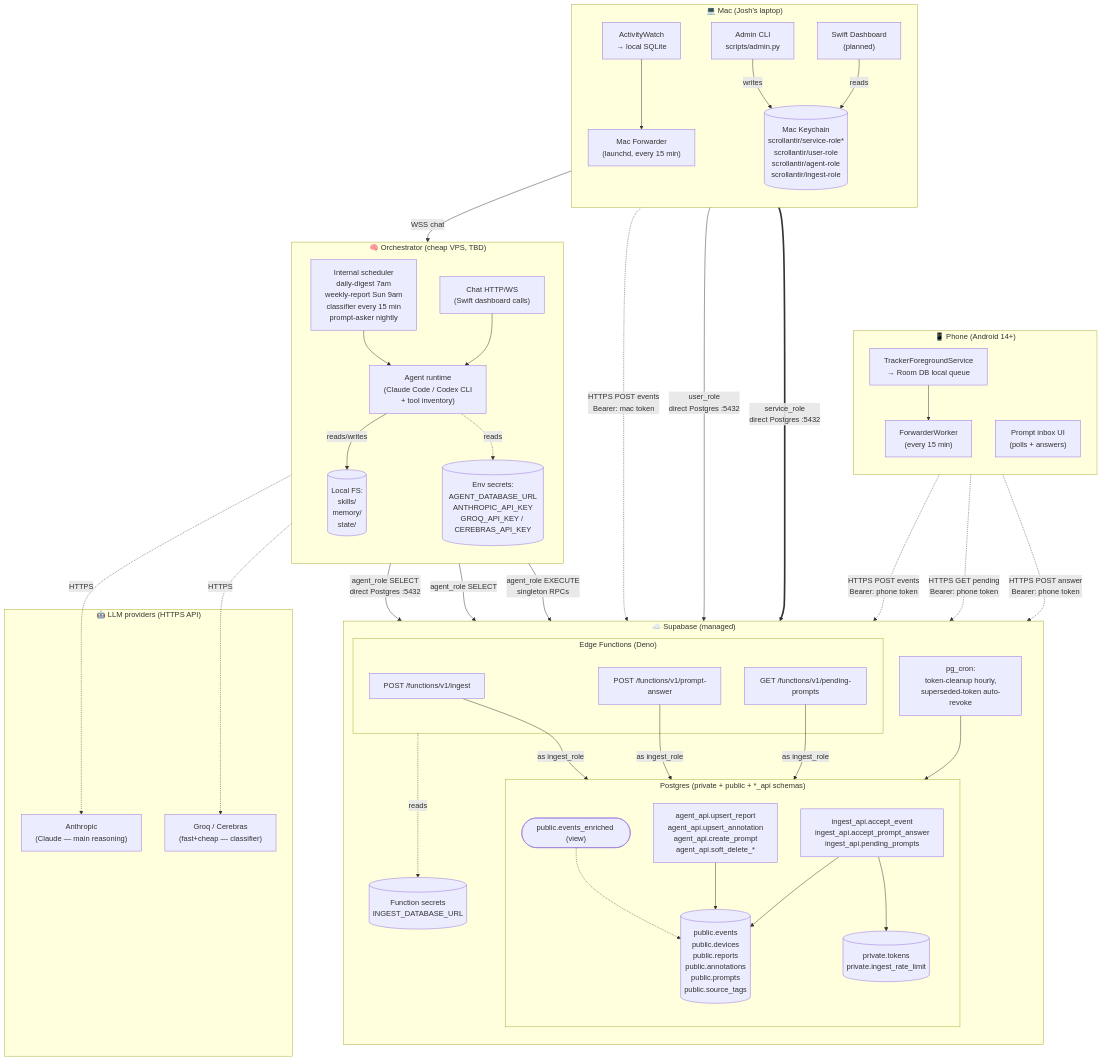
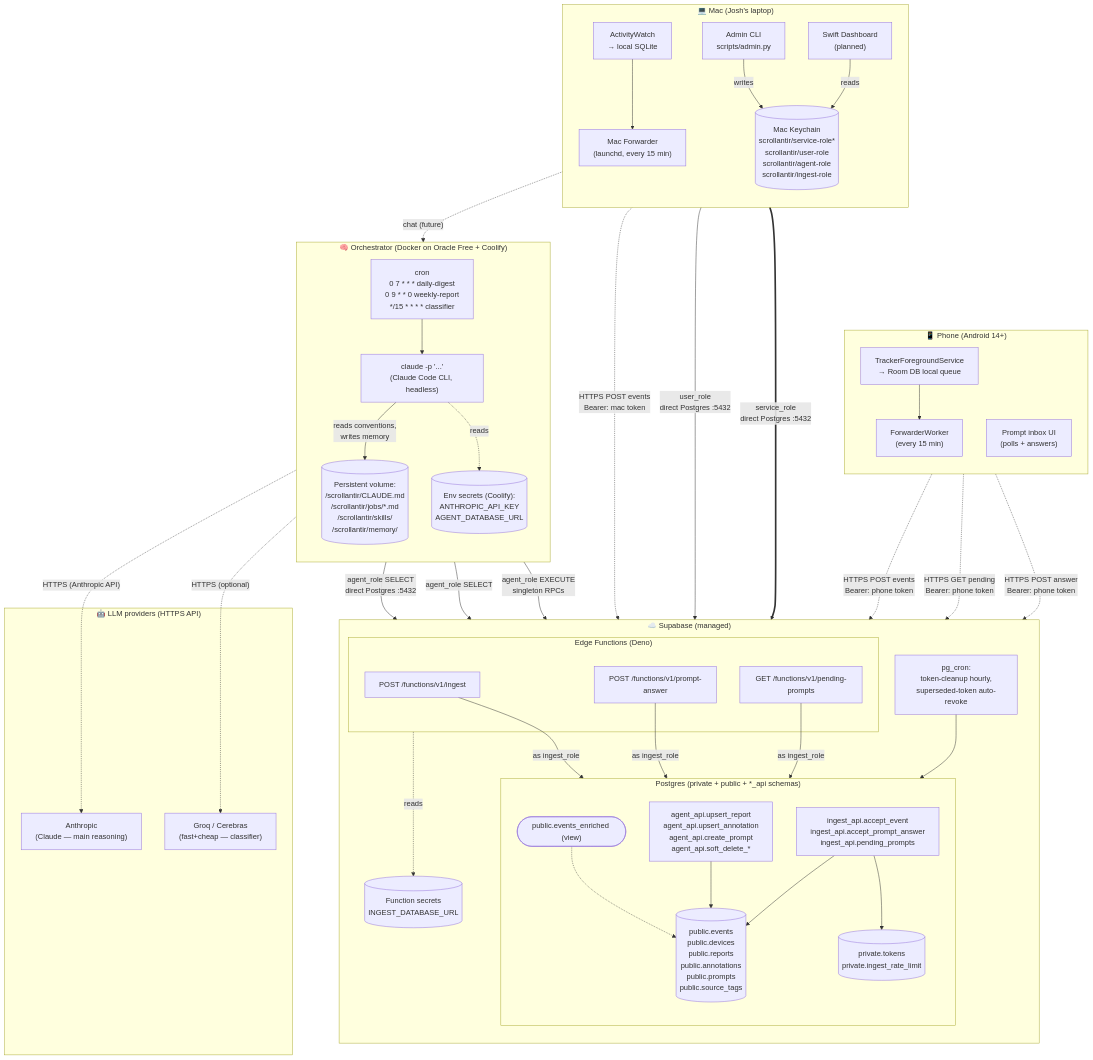
The second of 7 diagrams in docs/data-flow.md (scaryjoshie/scrollantir), drawn with Mermaid before and after one commit. The commit also changed other lines of this file and 1 other file, not shown here.

````diff
--- a/docs/data-flow.md
+++ b/docs/data-flow.md
@@ -95,17 +123,15 @@
   end
 
   %% ═════════ Orchestrator ═════════
-  subgraph ORCH["🧠 Orchestrator (cheap VPS, TBD)"]
+  subgraph ORCH["🧠 Orchestrator (Docker on Oracle Free + Coolify)"]
     direction TB
-    OrchScheduler["Internal scheduler<br/>daily-digest 7am<br/>weekly-report Sun 9am<br/>classifier every 15 min<br/>prompt-asker nightly"]
-    OrchChatAPI["Chat HTTP/WS<br/>(Swift dashboard calls)"]
-    OrchAgent["Agent runtime<br/>(Claude Code / Codex CLI<br/>+ tool inventory)"]
-    OrchFS[("Local FS:<br/>skills/<br/>memory/<br/>state/")]
-    OrchEnv[("Env secrets:<br/>AGENT_DATABASE_URL<br/>ANTHROPIC_API_KEY<br/>GROQ_API_KEY / CEREBRAS_API_KEY")]
-    OrchScheduler --> OrchAgent
-    OrchChatAPI --> OrchAgent
-    OrchAgent -- "reads/writes" --> OrchFS
-    OrchAgent -.reads.-> OrchEnv
+    OrchCron["cron<br/>0 7 * * *   daily-digest<br/>0 9 * * 0   weekly-report<br/>*/15 * * * *  classifier"]
+    OrchCLI["claude -p '...'<br/>(Claude Code CLI, headless)"]
+    OrchFS[("Persistent volume:<br/>/scrollantir/CLAUDE.md<br/>/scrollantir/jobs/*.md<br/>/scrollantir/skills/<br/>/scrollantir/memory/")]
+    OrchEnv[("Env secrets (Coolify):<br/>ANTHROPIC_API_KEY<br/>AGENT_DATABASE_URL")]
+    OrchCron --> OrchCLI
+    OrchCLI -- "reads conventions,<br/>writes memory" --> OrchFS
+    OrchCLI -. "reads" .-> OrchEnv
   end
 
   %% ═════════ LLM providers ═════════
@@ -124,15 +150,15 @@
   AdminCLI == "service_role<br/>direct Postgres :5432" ==> PG
   SwiftDash -- "user_role<br/>direct Postgres :5432" --> PubTables
 
-  %% ═════════ Arrows: Swift ↔ orchestrator ═════════
-  SwiftDash -- "WSS chat" --> OrchChatAPI
+  %% ═════════ Arrows: Swift ↔ orchestrator (future; transport TBD) ═════════
+  SwiftDash -. "chat (future)" .-> OrchCLI
 
   %% ═════════ Arrows: orchestrator → Supabase ═════════
-  OrchAgent -- "agent_role SELECT<br/>direct Postgres :5432" --> EnrichView
-  OrchAgent -- "agent_role SELECT" --> PubTables
-  OrchAgent -- "agent_role EXECUTE<br/>singleton RPCs" --> AgentAPI
+  OrchCLI -- "agent_role SELECT<br/>direct Postgres :5432" --> EnrichView
+  OrchCLI -- "agent_role SELECT" --> PubTables
+  OrchCLI -- "agent_role EXECUTE<br/>singleton RPCs" --> AgentAPI
 
   %% ═════════ Arrows: orchestrator → LLMs ═════════
-  OrchAgent -. "HTTPS" .-> Anthropic
-  OrchAgent -. "HTTPS" .-> Groq
+  OrchCLI -. "HTTPS (Anthropic API)" .-> Anthropic
+  OrchCLI -. "HTTPS (optional)" .-> Groq
 ```
````
